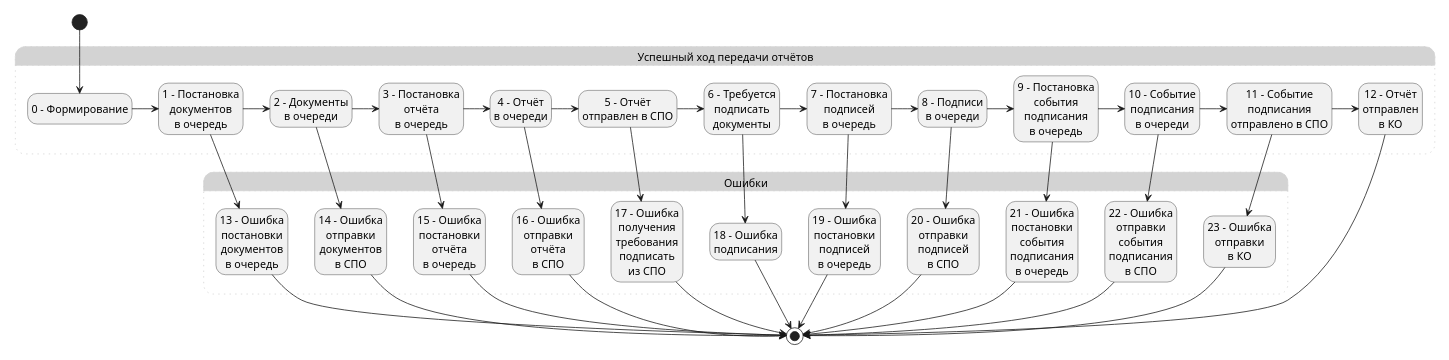
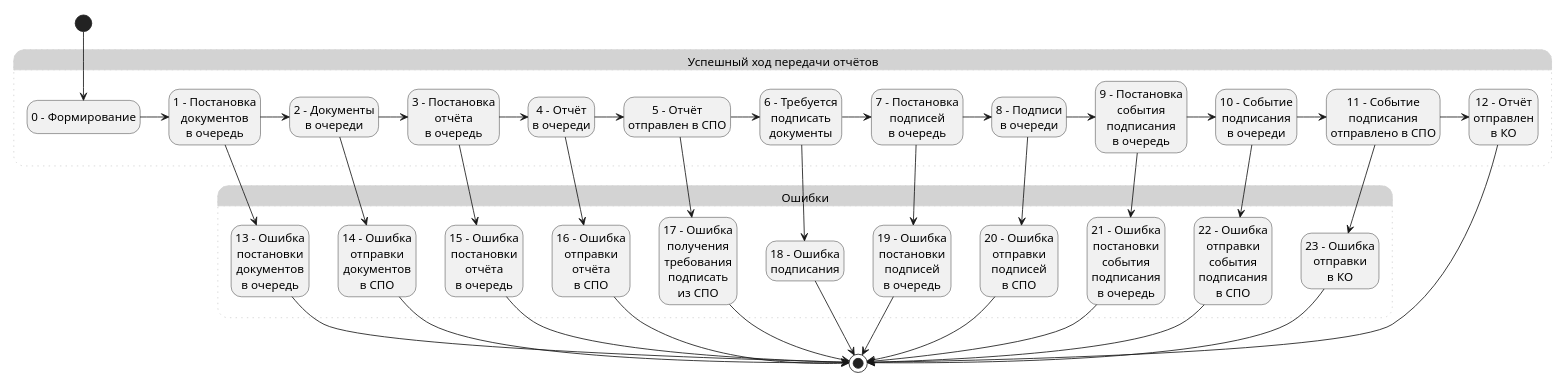
The diagram in udo_plojd_statuses_out.puml (citpb/platform-astral-schemes), drawn with PlantUML before and after one commit.

```diff
--- a/udo_plojd_statuses_out.puml
+++ b/udo_plojd_statuses_out.puml
@@ -1,85 +1,85 @@
 @startuml
-scale 80 width
-scale 240 height
+scale 100 width
+scale 260 height
 
 hide empty description
 state "Успешный ход передачи отчётов" as Saccess #LightGray;line.dotted;line:LightGray {
     state "0 – Формирование" as State0
     state "1 - Постановка\nдокументов\nв очередь" as State1
     state "2 - Документы\nв очереди" as State2
     state "3 - Постановка\nотчёта\nв очередь" as State3
     state "4 - Отчёт\nв очереди" as State4
     state "5 - Отчёт\nотправлен в СПО" as State5
     state "6 - Требуется\nподписать\nдокументы" as State6
     state "7 - Постановка\nподписей\nв очередь" as State7
     state "8 - Подписи\nв очереди" as State8
     state "9 - Постановка\nсобытия\nподписания\nв очередь" as State9
     state "10 - Событие\nподписания\nв очереди" as State10
     state "11 - Событие\nподписания\nотправлено в СПО" as State11   
     state "12 - Отчёт\nотправлен\nв КО" as State12
 }
 state "Ошибки" as Errors #LightGray;line.dotted;line:LightGray {
     state "13 - Ошибка\nпостановки\nдокументов\nв очередь" as State13
     state "14 - Ошибка\nотправки\nдокументов\nв СПО" as State14
     state "15 - Ошибка\nпостановки\nотчёта\nв очередь" as State15
     state "16 - Ошибка\nотправки\nотчёта\nв СПО" as State16  
     state "17 - Ошибка\nполучения\nтребования\nподписать\nиз СПО" as State17
     state "18 - Ошибка\nподписания" as State18
     state "19 - Ошибка\nпостановки\nподписей\nв очередь" as State19
     state "20 - Ошибка\nотправки\nподписей\nв СПО" as State20
     state "21 - Ошибка\nпостановки\nсобытия\nподписания\nв очередь" as State21
     state "22 - Ошибка\nотправки\nсобытия\nподписания\nв СПО" as State22
     state "23 - Ошибка\nотправки\nв КО" as State23
 }
 
 [*] --> State0
 State0 -> State1
 
 State1 -> State2
 State1 --> State13
 
 State2 -> State3
 State2 --> State14
 
 State3 -> State4
 State3 --> State15
 
 State4 -> State5
 State4 --> State16
 
 State5 -> State6
 State5 --> State17
 
 State6 -> State7
 State6 --> State18
 
 State7 -> State8
 State7 --> State19
 
 State8 -> State9
 State8 --> State20
 
 State9 -> State10
 State9 --> State21
 
 State10 -> State11
 State10 --> State22
 
 State11 -> State12
 State11 --> State23
 
 State13  --> [*]
 State14  --> [*]
 State15 --> [*]
 State16 --> [*]
 State17 --> [*]
 State18 --> [*]
 State19  --> [*]
 State20  --> [*]
 State21 --> [*]
 State22 --> [*]
 State23 --> [*]
 
 State12 --> [*]
 
 @enduml
```
